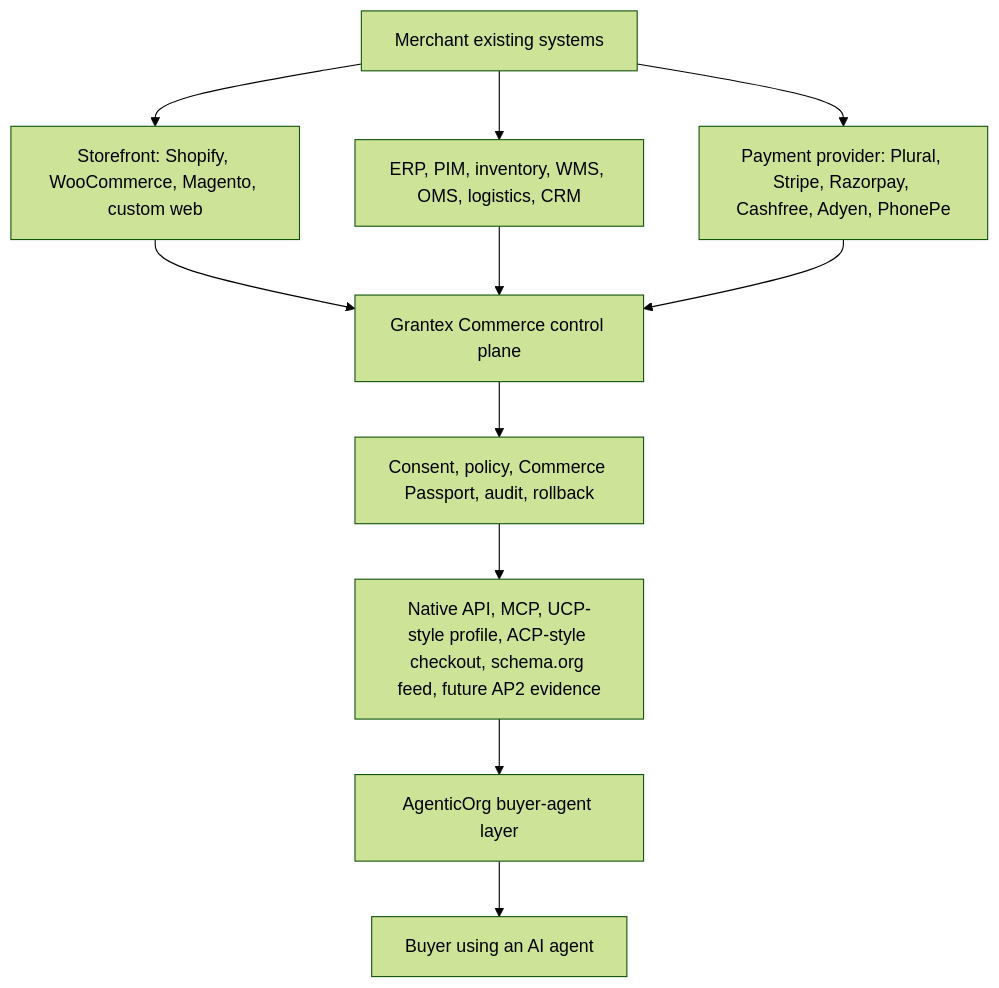
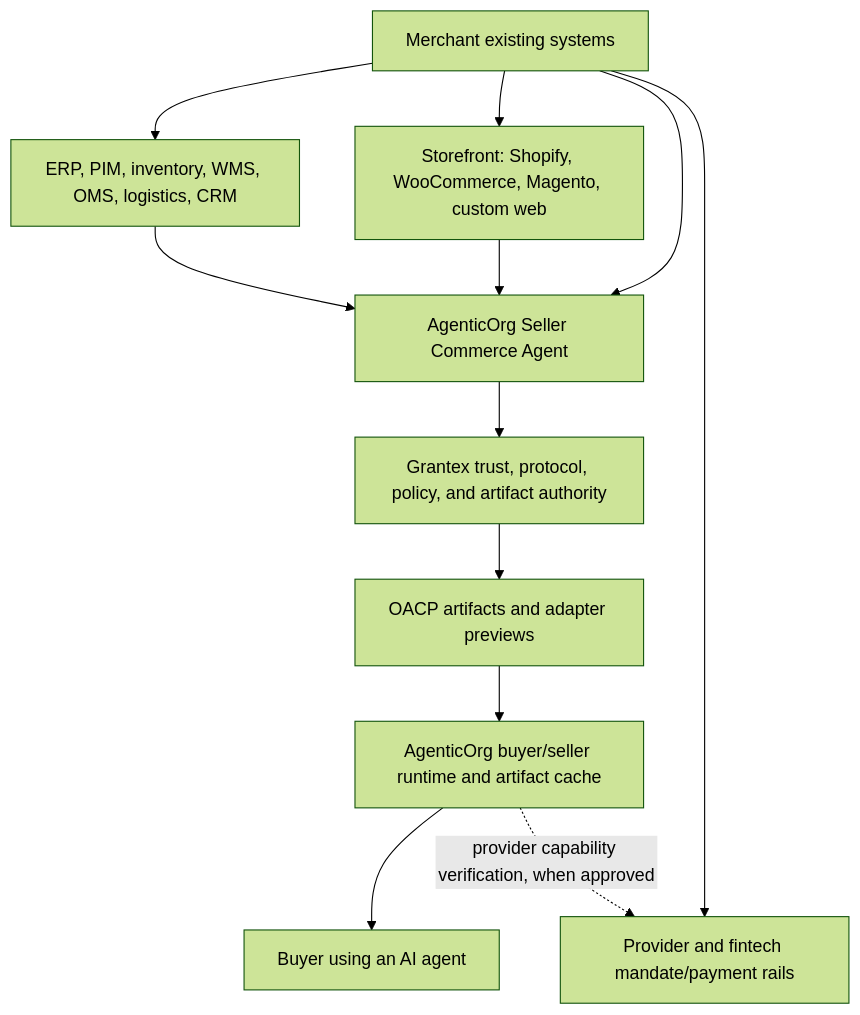
One commit to mishrasanjeev/grantex changed the diagram in docs/guides/commerce-v1-agentic-commerce-implementation-prd.md. Above: the diagram before and after it, drawn with Mermaid (forest theme). The commit also changed other lines of this file and 4 other files, not shown here.

Commit message:
docs(commerce): update OACP PRD and content plan

````diff
--- a/docs/guides/commerce-v1-agentic-commerce-implementation-prd.md
+++ b/docs/guides/commerce-v1-agentic-commerce-implementation-prd.md
@@ -29,23 +31,24 @@
 ```mermaid
 flowchart TB
   merchant["Merchant existing systems"]
   store["Storefront: Shopify, WooCommerce, Magento, custom web"]
   erp["ERP, PIM, inventory, WMS, OMS, logistics, CRM"]
-  provider["Payment provider: Plural, Stripe, Razorpay, Cashfree, Adyen, PhonePe"]
-  grantex["Grantex Commerce control plane"]
-  policy["Consent, policy, Commerce Passport, audit, rollback"]
-  adapters["Native API, MCP, UCP-style profile, ACP-style checkout, schema.org feed, future AP2 evidence"]
-  agenticorg["AgenticOrg buyer-agent layer"]
+  provider["Provider and fintech mandate/payment rails"]
+  selleragent["AgenticOrg Seller Commerce Agent"]
+  grantex["Grantex trust, protocol, policy, and artifact authority"]
+  artifacts["OACP artifacts and adapter previews"]
+  agenticorg["AgenticOrg buyer/seller runtime and artifact cache"]
   buyer["Buyer using an AI agent"]
 
   merchant --> store
   merchant --> erp
   merchant --> provider
-  store --> grantex
-  erp --> grantex
-  provider --> grantex
-  grantex --> policy
-  policy --> adapters
-  adapters --> agenticorg
+  merchant --> selleragent
+  store --> selleragent
+  erp --> selleragent
+  selleragent --> grantex
+  grantex --> artifacts
+  artifacts --> agenticorg
   agenticorg --> buyer
+  agenticorg -. "provider capability verification, when approved" .-> provider
 ```
````
